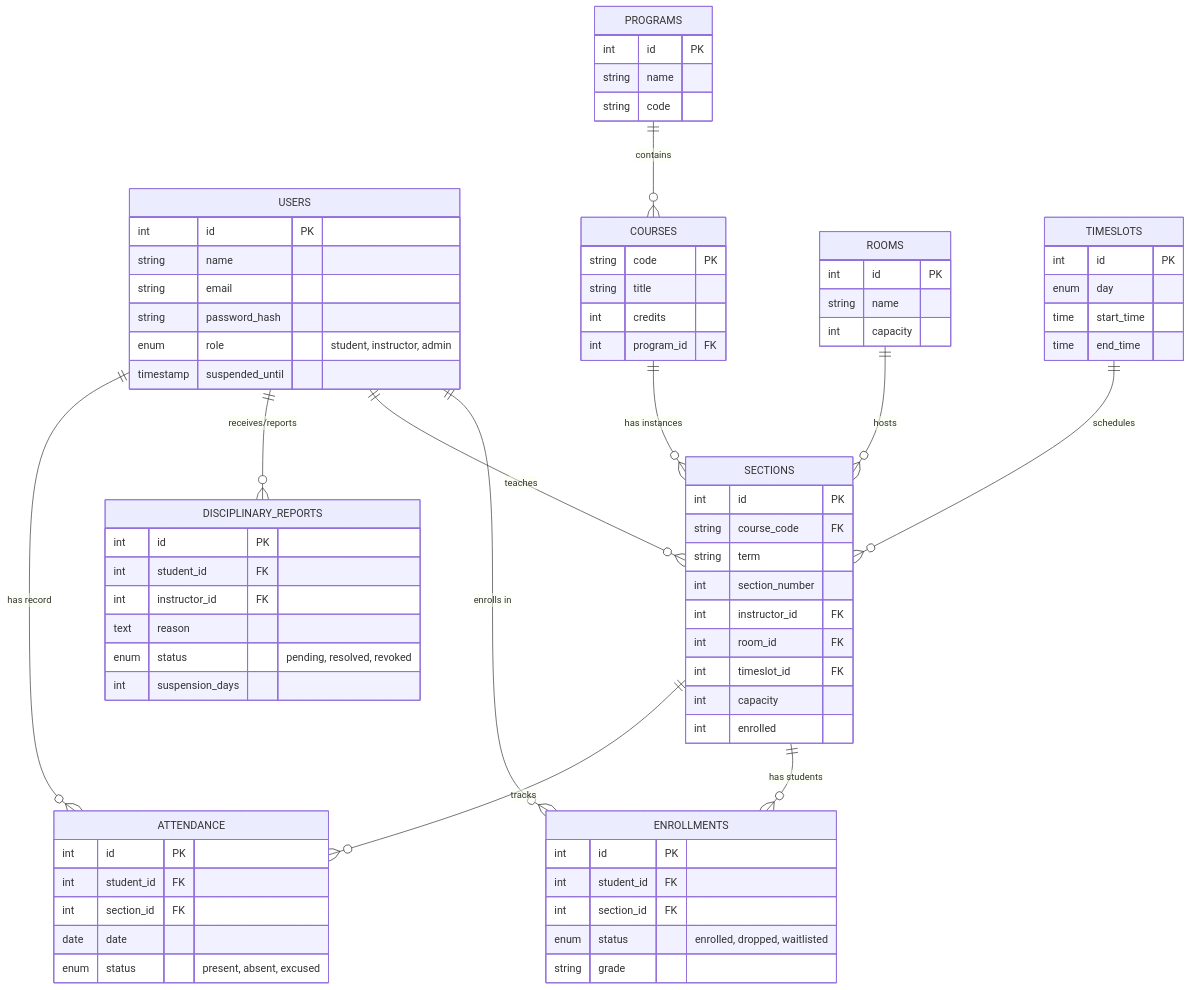
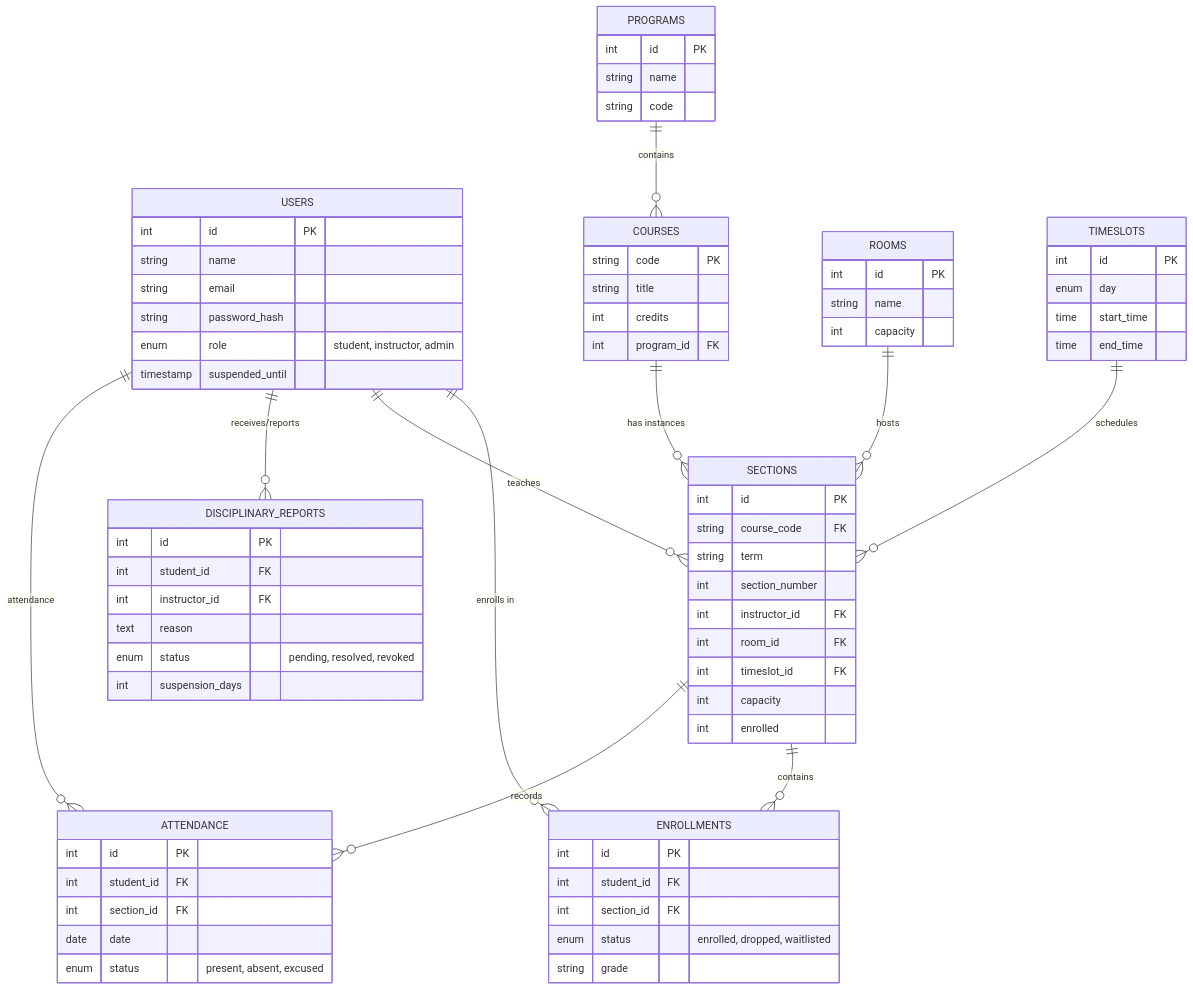
Before and after one commit to KollipakulaNikhil/University-System: the first of 4 diagrams in README.md, drawn with Mermaid. The commit also changed other lines of this file, not shown here.

```diff
--- a/README.md
+++ b/README.md
@@ -88,14 +75,14 @@
     USERS ||--o{ ENROLLMENTS : "enrolls in"
     USERS ||--o{ SECTIONS : "teaches"
     USERS ||--o{ DISCIPLINARY_REPORTS : "receives/reports"
-    USERS ||--o{ ATTENDANCE : "has record"
-    
+    USERS ||--o{ ATTENDANCE : "attendance"
+
     PROGRAMS ||--o{ COURSES : "contains"
     COURSES ||--o{ SECTIONS : "has instances"
-    
-    SECTIONS ||--o{ ENROLLMENTS : "has students"
-    SECTIONS ||--o{ ATTENDANCE : "tracks"
-    
+
+    SECTIONS ||--o{ ENROLLMENTS : "contains"
+    SECTIONS ||--o{ ATTENDANCE : "records"
+
     ROOMS ||--o{ SECTIONS : "hosts"
     TIMESLOTS ||--o{ SECTIONS : "schedules"
 
```
